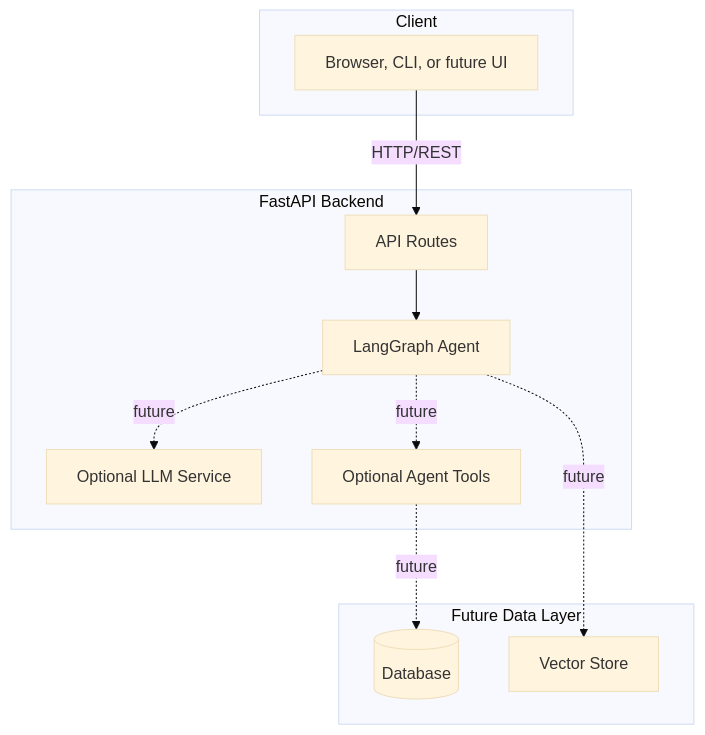
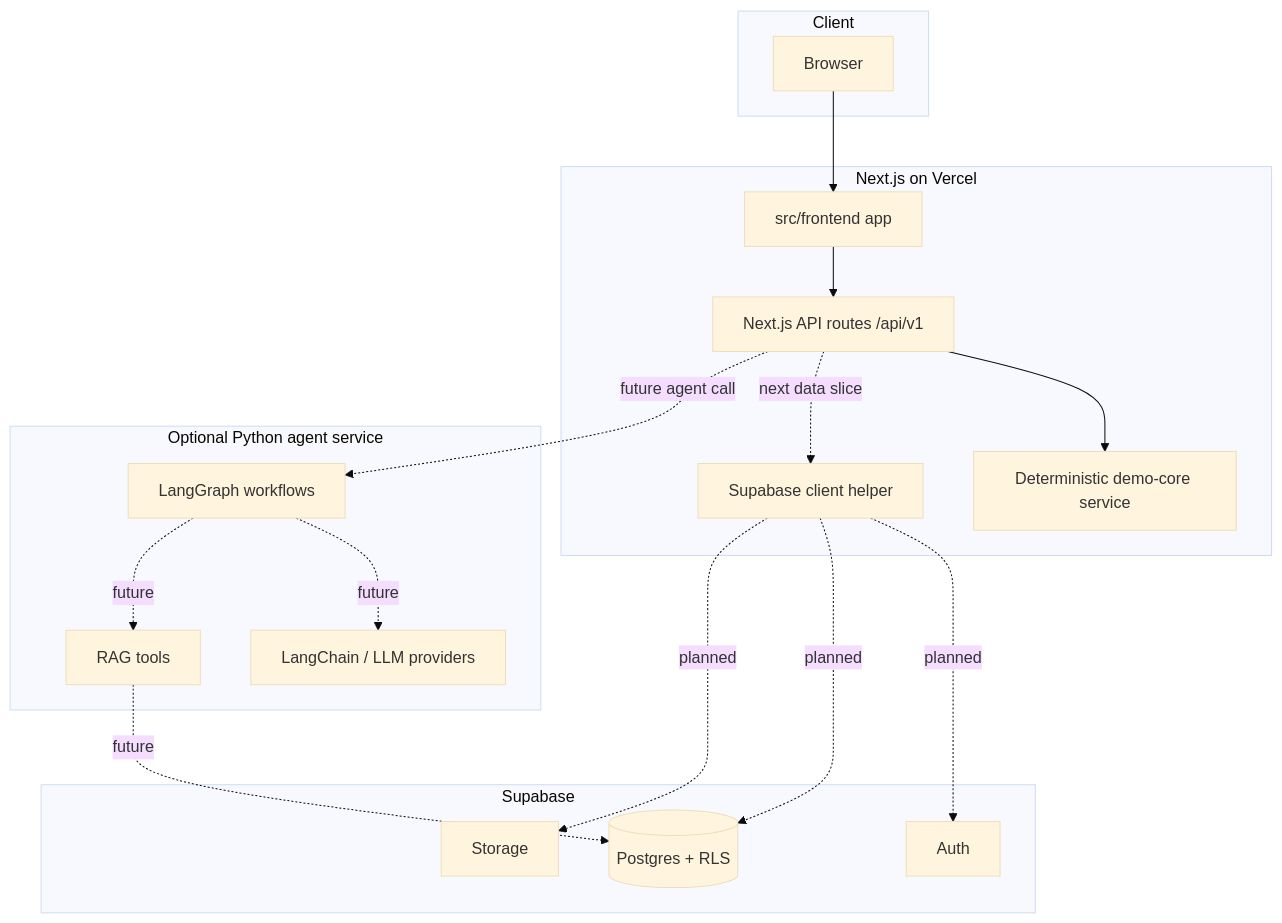
The diagram in ARCHITECTURE.md (minhhai203/hackathon-codex-track-1), drawn with Mermaid (base theme) before and after one commit. The commit also changed other lines of this file and 51 other files, not shown here.

Commit message:
feat: scaffold Next.js frontend with demo API routes and update repository architecture documentation

````diff
--- a/ARCHITECTURE.md
+++ b/ARCHITECTURE.md
@@ -9,25 +13,37 @@
 ```mermaid
 graph TB
     subgraph Client
-        UI[Browser, CLI, or future UI]
+        UI[Browser]
     end
 
-    subgraph Backend[FastAPI Backend]
-        API[API Routes]
-        Agent[LangGraph Agent]
-        LLM[Optional LLM Service]
-        Tools[Optional Agent Tools]
+    subgraph Vercel[Next.js on Vercel]
+        App[src/frontend app]
+        API[Next.js API routes /api/v1]
+        Demo[Deterministic demo-core service]
+        SupaClient[Supabase client helper]
     end
 
-    subgraph Data[Future Data Layer]
-        DB[(Database)]
-        Vector[Vector Store]
+    subgraph Supabase[Supabase]
+        Auth[Auth]
+        DB[(Postgres + RLS)]
+        Storage[Storage]
     end
 
-    UI -->|HTTP/REST| API
-    API --> Agent
-    Agent -. future .-> LLM
-    Agent -. future .-> Tools
-    Agent -. future .-> Vector
-    Tools -. future .-> DB
+    subgraph Agent[Optional Python agent service]
+        Graph[LangGraph workflows]
+        LLM[LangChain / LLM providers]
+        RAG[RAG tools]
+    end
+
+    UI --> App
+    App --> API
+    API --> Demo
+    API -. next data slice .-> SupaClient
+    SupaClient -. planned .-> Auth
+    SupaClient -. planned .-> DB
+    SupaClient -. planned .-> Storage
+    API -. future agent call .-> Graph
+    Graph -. future .-> LLM
+    Graph -. future .-> RAG
+    RAG -. future .-> DB
 ```
````
